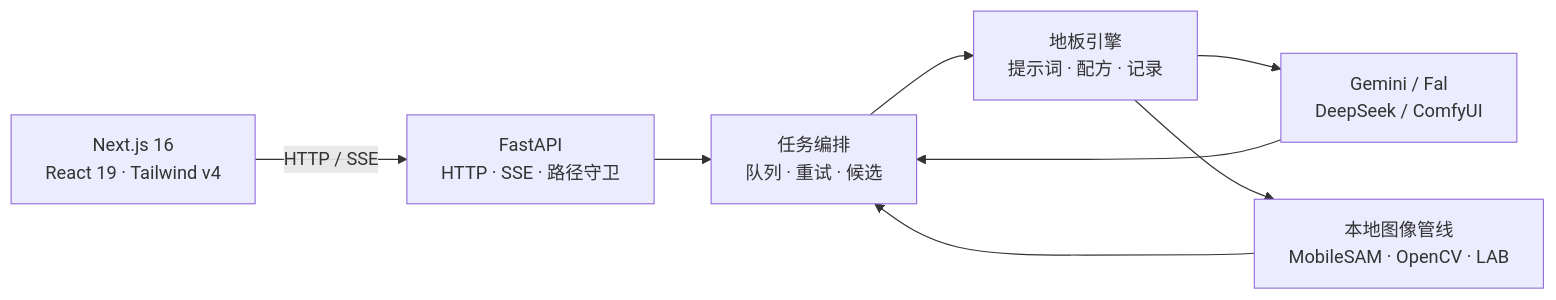
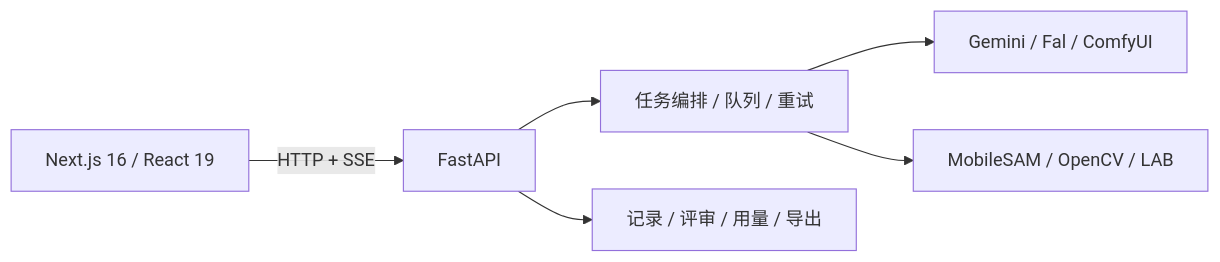
The second of 2 diagrams in README.md (Bok1-YY/Floor_rendering_engine), drawn with Mermaid before and after one commit. The commit also changed other lines of this file and 10 other files, not shown here.

````diff
--- a/README.md
+++ b/README.md
@@ -232,17 +108,8 @@
 ```mermaid
 flowchart LR
-    UI["Next.js 16<br/>React 19 · Tailwind v4"]
-    API["FastAPI<br/>HTTP · SSE · 路径守卫"]
-    JOB["任务编排<br/>队列 · 重试 · 候选"]
-    ENGINE["地板引擎<br/>提示词 · 配方 · 记录"]
-    CLOUD["Gemini / Fal<br/>DeepSeek / ComfyUI"]
-    LOCAL["本地图像管线<br/>MobileSAM · OpenCV · LAB"]
-
-    UI -->|HTTP / SSE| API
-    API --> JOB
-    JOB --> ENGINE
-    ENGINE --> CLOUD
-    ENGINE --> LOCAL
-    CLOUD --> JOB
-    LOCAL --> JOB
+    UI[Next.js 16 / React 19] -->|HTTP + SSE| API[FastAPI]
+    API --> JOB[任务编排 / 队列 / 重试]
+    JOB --> CLOUD[Gemini / Fal / ComfyUI]
+    JOB --> LOCAL[MobileSAM / OpenCV / LAB]
+    API --> DATA[记录 / 评审 / 用量 / 导出]
 ```
````
